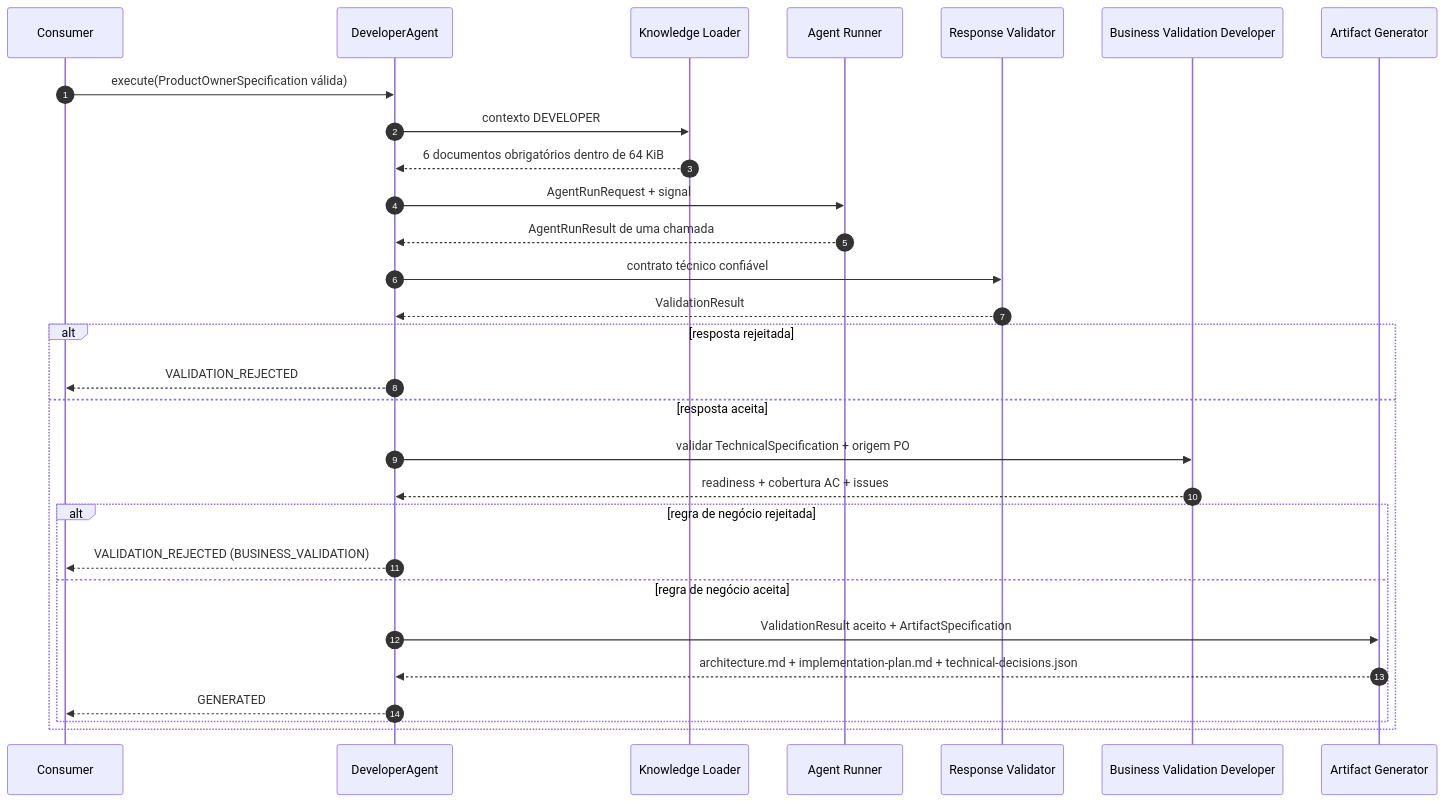
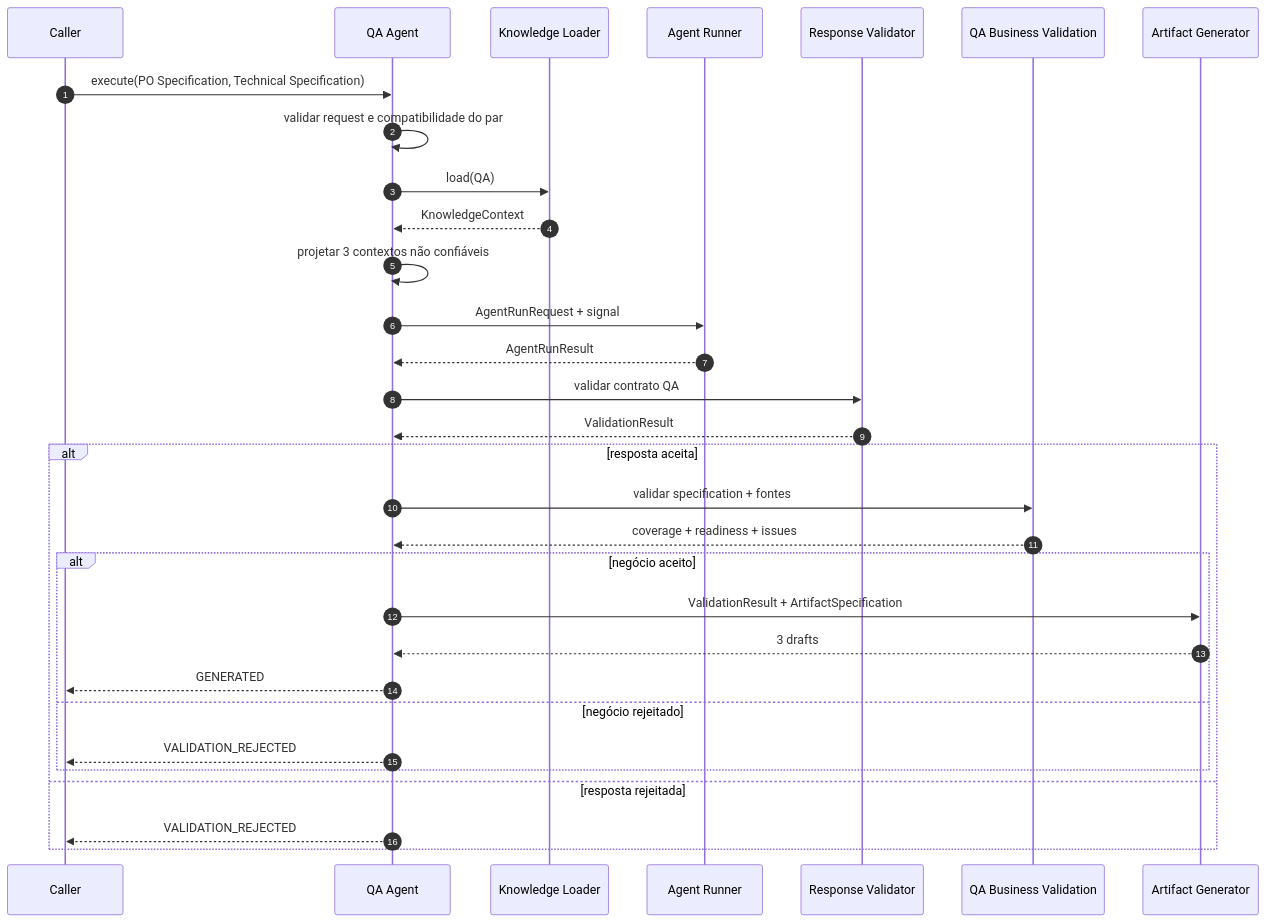
The third of 5 diagrams in knowledge/33-PIPELINE_OVERVIEW.md (felipet66/brq-ai-factory), drawn with Mermaid before and after one commit. The commit also changed other lines of this file and 68 other files, not shown here.

````diff
--- a/knowledge/33-PIPELINE_OVERVIEW.md
+++ b/knowledge/33-PIPELINE_OVERVIEW.md
@@ -120,33 +65,34 @@
 ```mermaid
 sequenceDiagram
     autonumber
-    participant C as Consumer
-    participant D as DeveloperAgent
+    participant C as Caller
+    participant Q as QA Agent
     participant K as Knowledge Loader
     participant R as Agent Runner
     participant V as Response Validator
-    participant B as Business Validation Developer
+    participant B as QA Business Validation
     participant A as Artifact Generator
 
-    C->>D: execute(ProductOwnerSpecification válida)
-    D->>K: contexto DEVELOPER
-    K-->>D: 6 documentos obrigatórios dentro de 64 KiB
-    D->>R: AgentRunRequest + signal
-    R-->>D: AgentRunResult de uma chamada
-    D->>V: contrato técnico confiável
-    V-->>D: ValidationResult
-
-    alt resposta rejeitada
-        D-->>C: VALIDATION_REJECTED
-    else resposta aceita
-        D->>B: validar TechnicalSpecification + origem PO
-        B-->>D: readiness + cobertura AC + issues
-        alt regra de negócio rejeitada
-            D-->>C: VALIDATION_REJECTED (BUSINESS_VALIDATION)
-        else regra de negócio aceita
-            D->>A: ValidationResult aceito + ArtifactSpecification
-            A-->>D: architecture.md + implementation-plan.md + technical-decisions.json
-            D-->>C: GENERATED
+    C->>Q: execute(PO Specification, Technical Specification)
+    Q->>Q: validar request e compatibilidade do par
+    Q->>K: load(QA)
+    K-->>Q: KnowledgeContext
+    Q->>Q: projetar 3 contextos não confiáveis
+    Q->>R: AgentRunRequest + signal
+    R-->>Q: AgentRunResult
+    Q->>V: validar contrato QA
+    V-->>Q: ValidationResult
+    alt resposta aceita
+        Q->>B: validar specification + fontes
+        B-->>Q: coverage + readiness + issues
+        alt negócio aceito
+            Q->>A: ValidationResult + ArtifactSpecification
+            A-->>Q: 3 drafts
+            Q-->>C: GENERATED
+        else negócio rejeitado
+            Q-->>C: VALIDATION_REJECTED
         end
+    else resposta rejeitada
+        Q-->>C: VALIDATION_REJECTED
     end
 ```
````
